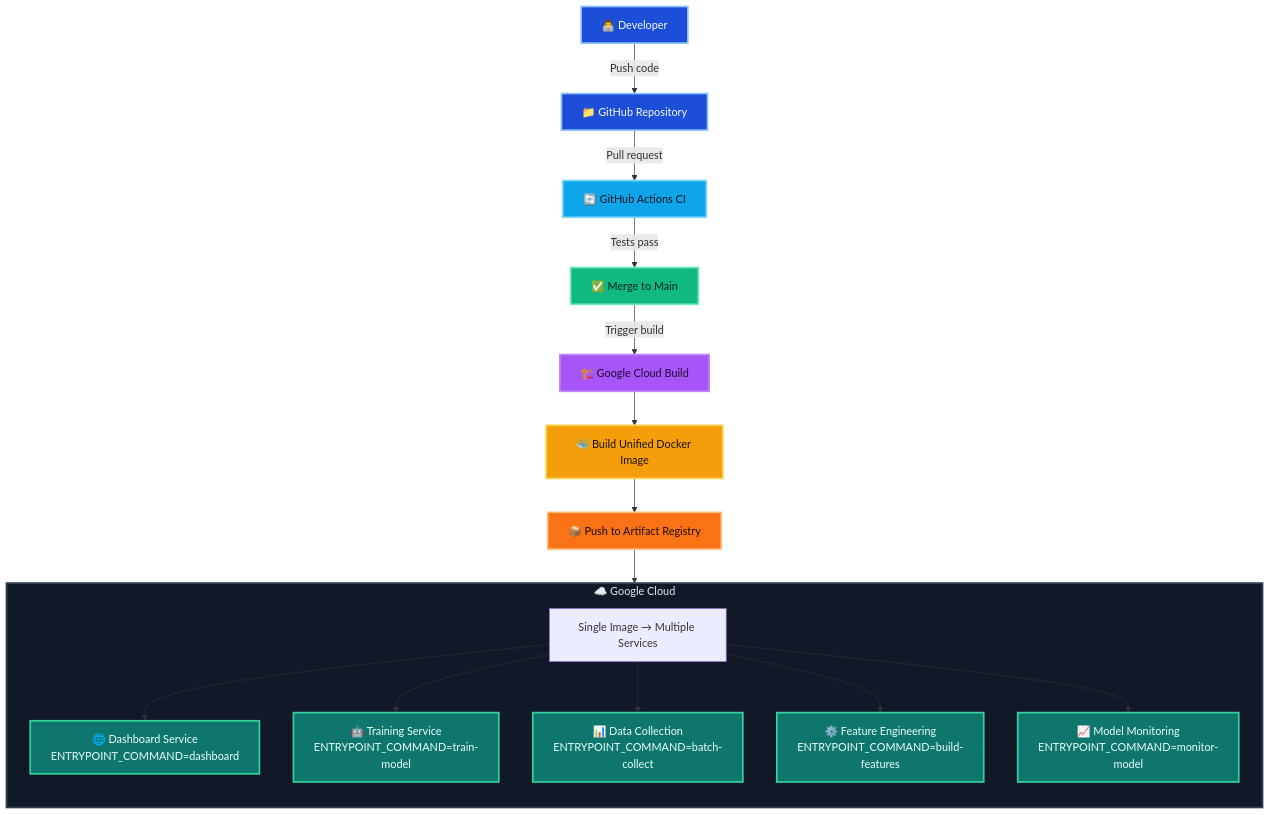
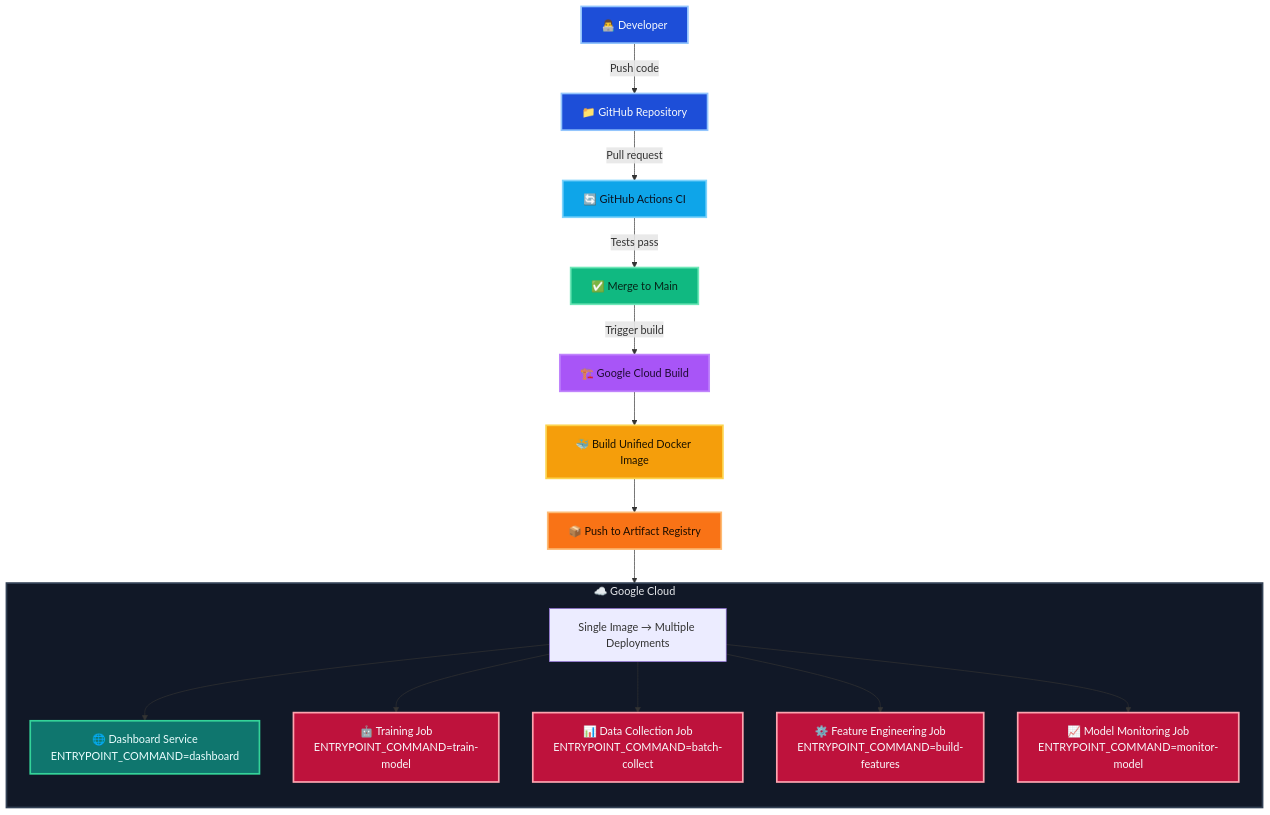
One commit to scbtm/stock-market-analytics changed the first of 2 diagrams in README.md. Above: the diagram before and after it, drawn with Mermaid. The commit also changed other lines of this file, not shown here.

````diff
--- a/README.md
+++ b/README.md
@@ -172,54 +172,56 @@
 ```mermaid
 %%{init: {
   "theme": "base",
   "themeVariables": {
     "fontFamily": "Inter, ui-sans-serif, system-ui, Segoe UI, Roboto, Helvetica, Arial",
     "primaryColor": "#0f172a",
     "primaryTextColor": "#f8fafc",
     "primaryBorderColor": "#334155",
     "lineColor": "#94a3b8",
     "edgeLabelBackground": "#0f172a",
     "clusterBkg": "#111827",
     "clusterBorder": "#334155"
 },
 "flowchart": { "nodeSpacing": 80, "rankSpacing": 80, "titleTopMargin": 120, "height": 50 }
 }%%
 
 flowchart TB
     A[👨‍💻 Developer] -->|Push code| B[📁 GitHub Repository]
     B -->|Pull request| C[🔄 GitHub Actions CI]
     C -->|Tests pass| D[✅ Merge to Main]
     D -->|Trigger build| E[🏗️ Google Cloud Build]
 
     E --> F[🐳 Build Unified Docker Image]
     F --> G[📦 Push to Artifact Registry]
     G --> H
 
     subgraph H[☁️ Google Cloud]
       direction TB
-      X[Single Image → Multiple Services] --> I[🌐 Dashboard Service<br/>ENTRYPOINT_COMMAND=dashboard]
-      X[Single Image → Multiple Services] --> J[🤖 Training Service<br/>ENTRYPOINT_COMMAND=train-model]
-      X[Single Image → Multiple Services] --> K[📊 Data Collection<br/>ENTRYPOINT_COMMAND=batch-collect]
-      X[Single Image → Multiple Services] --> L[⚙️ Feature Engineering<br/>ENTRYPOINT_COMMAND=build-features]
-      X[Single Image → Multiple Services] --> M[📈 Model Monitoring<br/>ENTRYPOINT_COMMAND=monitor-model]
+      X[Single Image → Multiple Deployments] --> I[🌐 Dashboard Service<br/>ENTRYPOINT_COMMAND=dashboard]
+      X[Single Image → Multiple Deployments] --> J[🤖 Training Job<br/>ENTRYPOINT_COMMAND=train-model]
+      X[Single Image → Multiple Deployments] --> K[📊 Data Collection Job<br/>ENTRYPOINT_COMMAND=batch-collect]
+      X[Single Image → Multiple Deployments] --> L[⚙️ Feature Engineering Job<br/>ENTRYPOINT_COMMAND=build-features]
+      X[Single Image → Multiple Deployments] --> M[📈 Model Monitoring Job<br/>ENTRYPOINT_COMMAND=monitor-model]
     end
 
     %% Modern, high-contrast palette (reads well in light & dark)
     classDef dev fill:#1d4ed8,stroke:#93c5fd,color:#f8fafc,stroke-width:2.5px;
     classDef ci fill:#0ea5e9,stroke:#7dd3fc,color:#0b1220,stroke-width:2.5px;
     classDef merge fill:#10b981,stroke:#6ee7b7,color:#062418,stroke-width:2.5px;
     classDef build fill:#a855f7,stroke:#c084fc,color:#1f0a33,stroke-width:2.5px;
     classDef image fill:#f59e0b,stroke:#fcd34d,color:#1a1200,stroke-width:2.5px;
     classDef registry fill:#f97316,stroke:#fdba74,color:#1a0d00,stroke-width:2.5px;
     classDef group fill:#111827,stroke:#334155,color:#e5e7eb,stroke-width:2.5px;
     classDef svc fill:#0f766e,stroke:#34d399,color:#ecfeff,stroke-width:2.5px;
+    classDef job fill:#be123c,stroke:#fda4af,color:#f8fafc,stroke-width:2.5px;
 
     class A,B dev;
     class C ci;
     class D merge;
     class E build;
     class F image;
     class G registry;
     class H group;
-    class I,J,K,L,M svc;
+    class I svc;
+    class J,K,L,M job;
 ```
````
